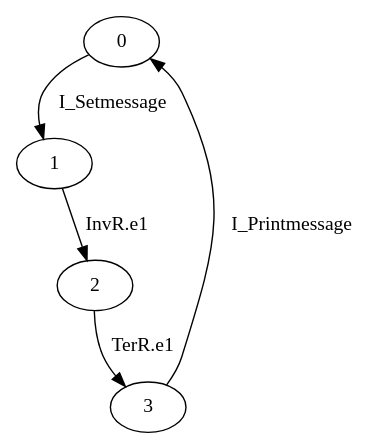
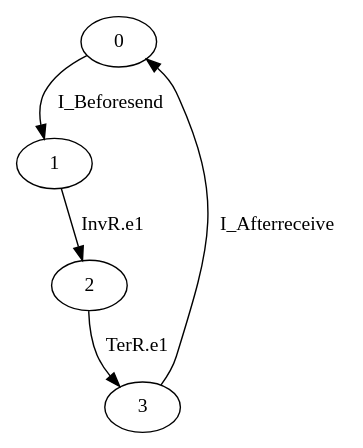
Before and after one commit to gfads/midarch: the diagram in src/gmidarch/development/repositories/dot/Client.dot, drawn with Graphviz. The commit also changed 668 other files, not shown here.

```diff
--- a/src/gmidarch/development/repositories/dot/Client.dot
+++ b/src/gmidarch/development/repositories/dot/Client.dot
@@ -1,6 +1,6 @@
 digraph G {
-  0 -> 1 [ label="I_Setmessage" ];
+  0 -> 1 [ label="I_Beforesend" ];
   1 -> 2 [ label="InvR.e1" ];
   2 -> 3 [ label="TerR.e1" ];
-  3 -> 0 [ label="I_Printmessage" ];
+  3 -> 0 [ label="I_Afterreceive" ];
 }
```
